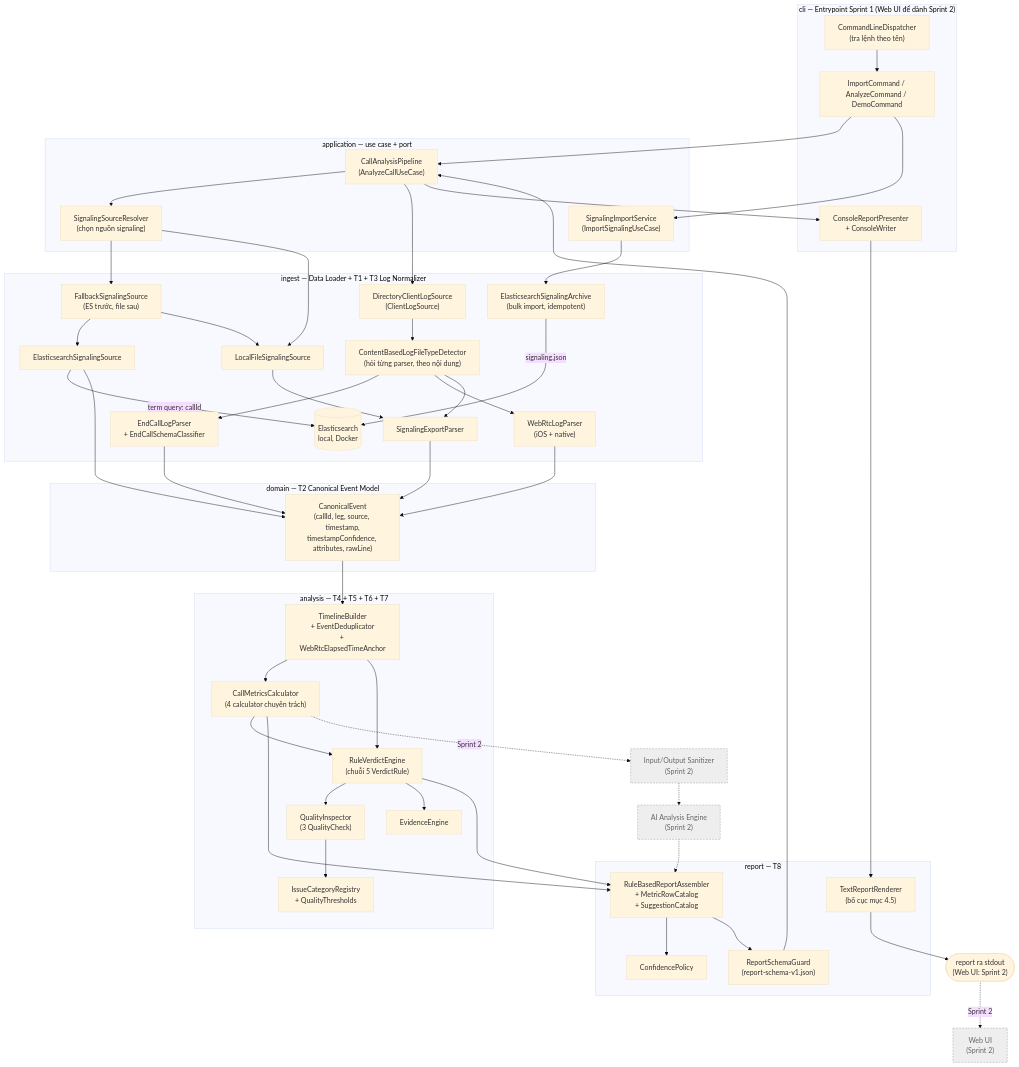
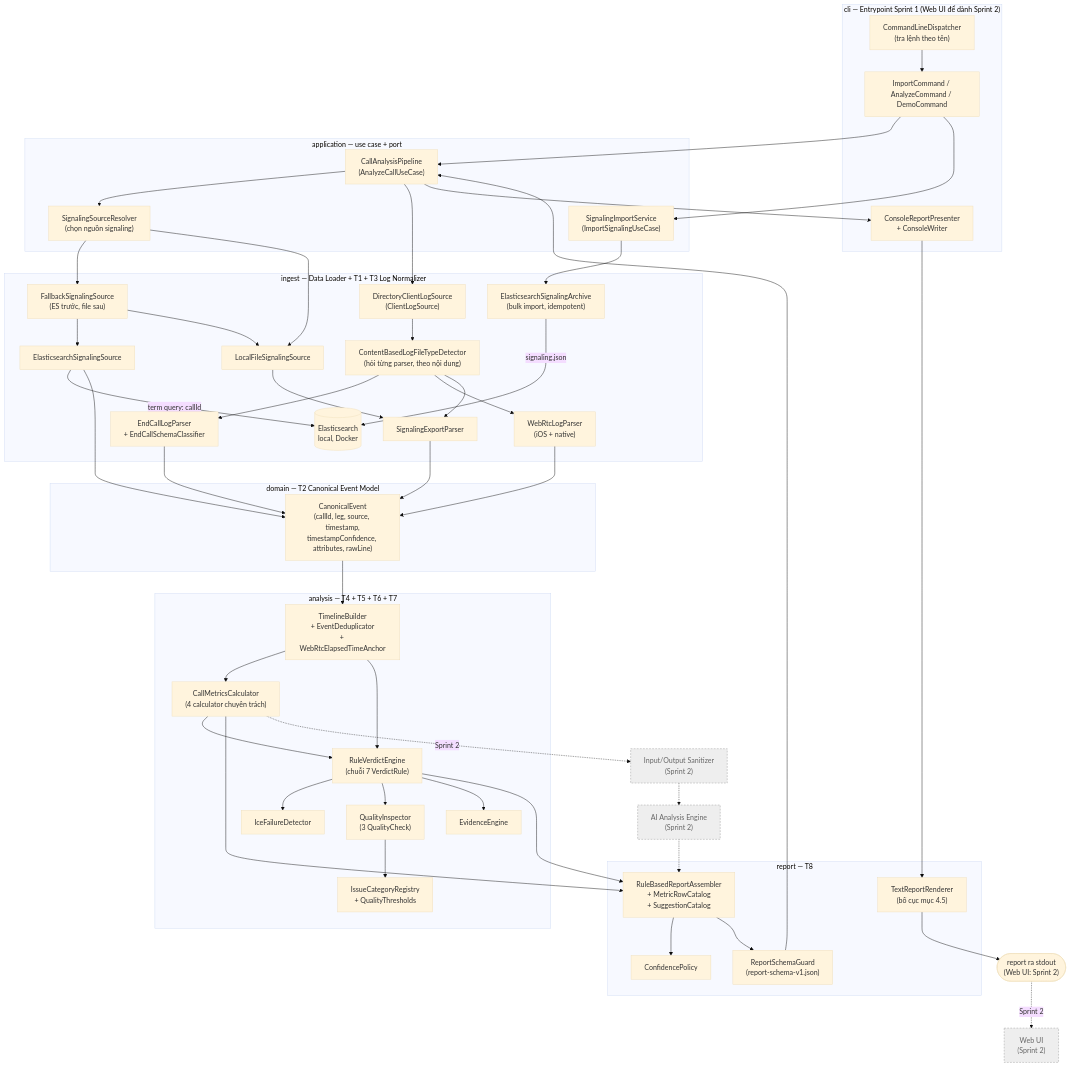
Before and after one commit to tutran0401/call-analysis-assistant: the second of 2 diagrams in docs/architecture-diagram-v1.md, drawn with Mermaid (base theme). The commit also changed 30 other files, not shown here.

First line of the commit message:
feat: Add rule-based verdict engine for call analysis in Sprint 1

```diff
--- a/docs/architecture-diagram-v1.md
+++ b/docs/architecture-diagram-v1.md
@@ -69,8 +69,10 @@
     subgraph analysis["analysis — T4 + T5 + T6 + T7"]
         Timeline["TimelineBuilder<br/>+ EventDeduplicator<br/>+ WebRtcElapsedTimeAnchor"]
         Metrics["CallMetricsCalculator<br/>(4 calculator chuyên trách)"]
-        Rules["RuleVerdictEngine<br/>(chuỗi 5 VerdictRule)"]
+        Rules["RuleVerdictEngine<br/>(chuỗi 7 VerdictRule)"]
         Quality["QualityInspector<br/>(3 QualityCheck)"]
+        IceDetect["IceFailureDetector"]
+        Rules --> IceDetect
         Evidence["EvidenceEngine"]
         Taxonomy["IssueCategoryRegistry<br/>+ QualityThresholds"]
         Rules --> Quality
```
